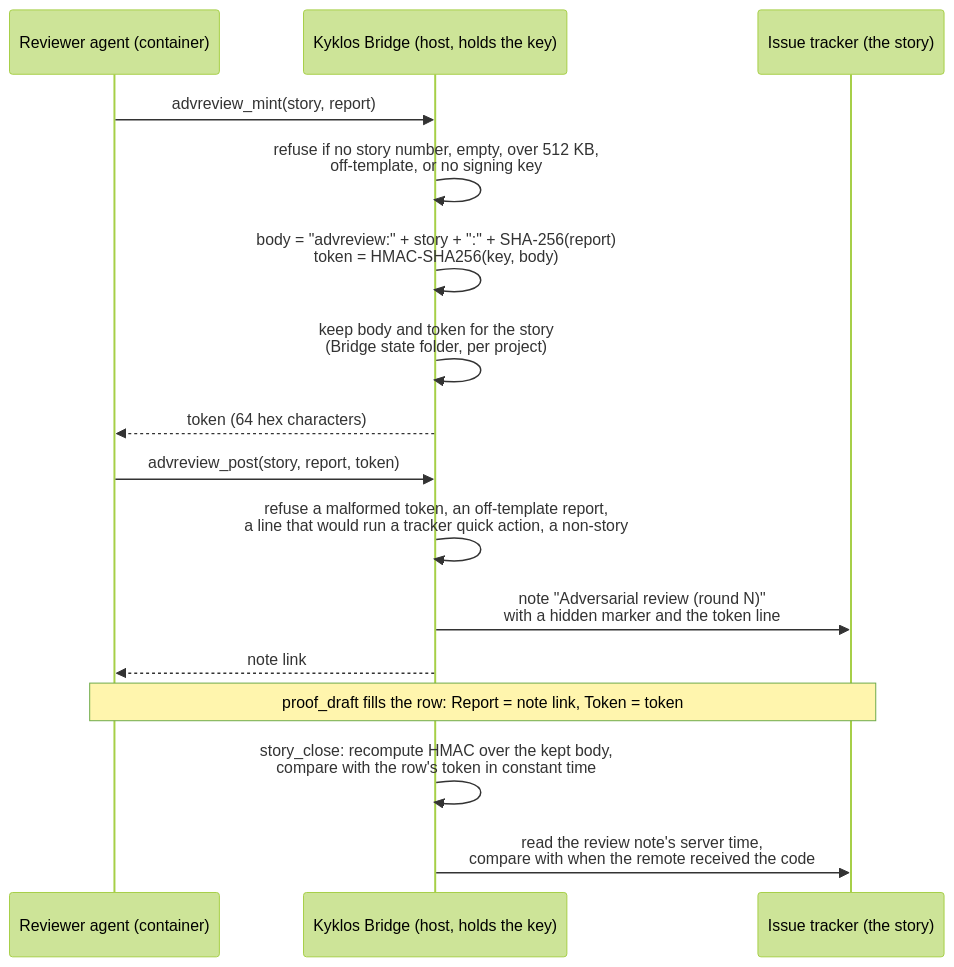
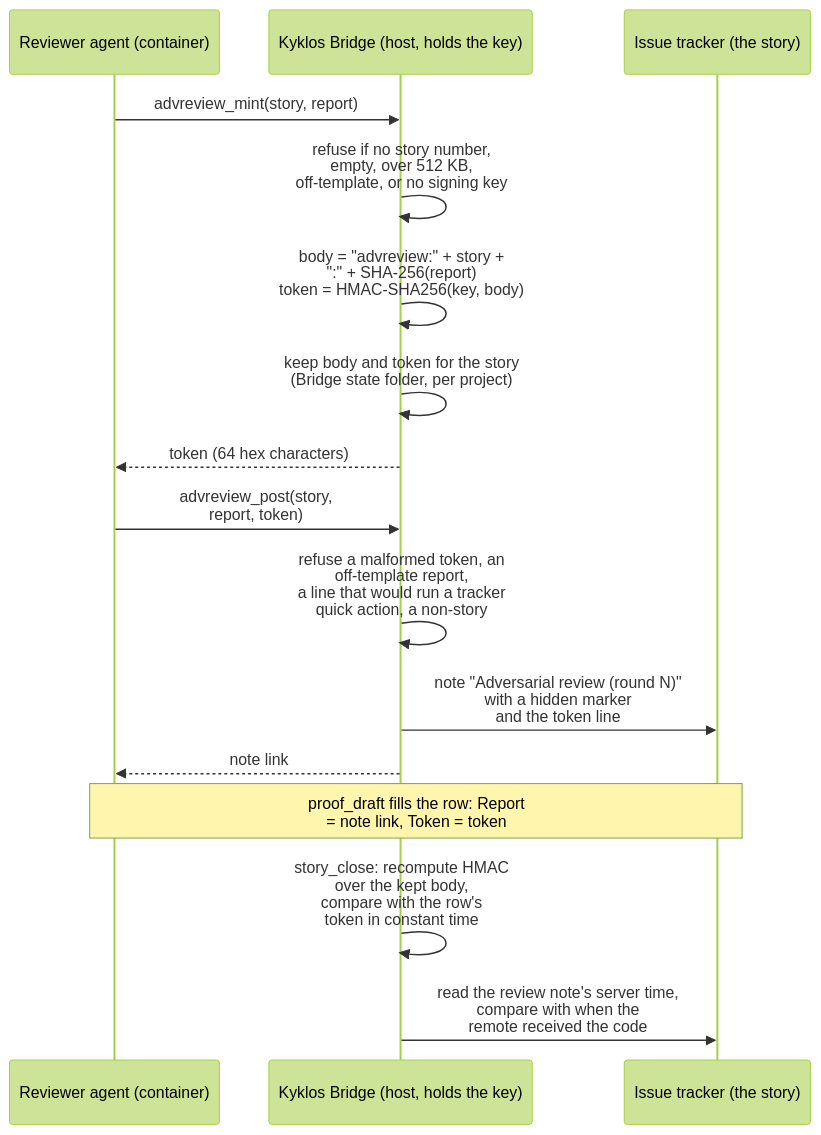
One commit to DogmaSolutions/Kyklos changed the first of 2 diagrams in docs/PROOF_DIMENSION_ADVERSARIAL_REVIEW.md. Above: the diagram before and after it, drawn with Mermaid (forest theme). The commit also changed other lines of this file and 38 other files, not shown here.

````diff
--- a/docs/PROOF_DIMENSION_ADVERSARIAL_REVIEW.md
+++ b/docs/PROOF_DIMENSION_ADVERSARIAL_REVIEW.md
@@ -37,18 +37,18 @@
 ```mermaid
 sequenceDiagram
     participant R as Reviewer agent (container)
     participant B as Kyklos Bridge (host, holds the key)
     participant T as Issue tracker (the story)
     R->>B: advreview_mint(story, report)
-    B->>B: refuse if no story number, empty, over 512 KB,<br/>off-template, or no signing key
-    B->>B: body = "advreview:" + story + ":" + SHA-256(report)<br/>token = HMAC-SHA256(key, body)
+    B->>B: refuse if no story number,<br/>empty, over 512 KB,<br/>off-template, or no signing key
+    B->>B: body = "advreview:" + story +<br/>":" + SHA-256(report)<br/>token = HMAC-SHA256(key, body)
     B->>B: keep body and token for the story<br/>(Bridge state folder, per project)
     B-->>R: token (64 hex characters)
-    R->>B: advreview_post(story, report, token)
-    B->>B: refuse a malformed token, an off-template report,<br/>a line that would run a tracker quick action, a non-story
-    B->>T: note "Adversarial review (round N)"<br/>with a hidden marker and the token line
+    R->>B: advreview_post(story,<br/>report, token)
+    B->>B: refuse a malformed token, an<br/>off-template report,<br/>a line that would run a tracker<br/>quick action, a non-story
+    B->>T: note "Adversarial review (round N)"<br/>with a hidden marker<br/>and the token line
     B-->>R: note link
-    Note over R,T: proof_draft fills the row: Report = note link, Token = token
-    B->>B: story_close: recompute HMAC over the kept body,<br/>compare with the row's token in constant time
-    B->>T: read the review note's server time,<br/>compare with when the remote received the code
+    Note over R,T: proof_draft fills the row: Report<br/>= note link, Token = token
+    B->>B: story_close: recompute HMAC<br/>over the kept body,<br/>compare with the row's<br/>token in constant time
+    B->>T: read the review note's server time,<br/>compare with when the<br/>remote received the code
 ```
````
